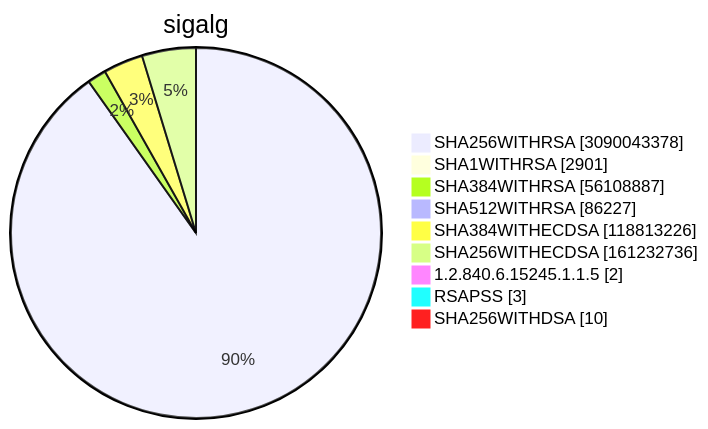
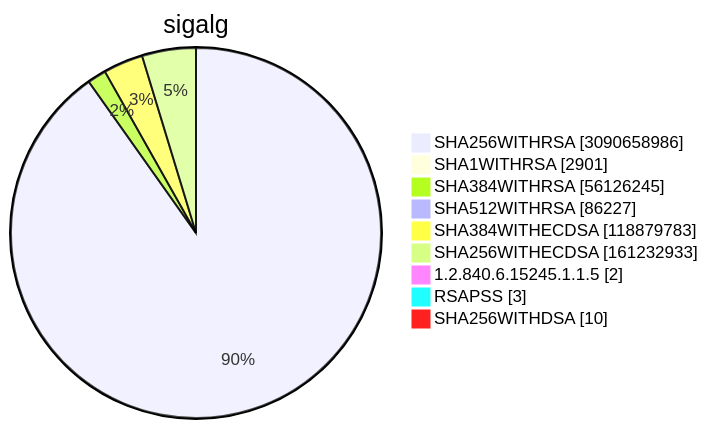
Diagram 15 of 15 in TOTAL/README.md (christiankrug/ctmonitor_visualization), drawn with Mermaid before and after one commit. The commit also changed other lines of this file, not shown here.

````diff
--- a/TOTAL/README.md
+++ b/TOTAL/README.md
@@ -6211,13 +6211,13 @@
 ```mermaid
 pie showData
 title sigalg
-"SHA256WITHRSA" :3090043378
+"SHA256WITHRSA" :3090658986
 "SHA1WITHRSA" :2901
-"SHA384WITHRSA" :56108887
+"SHA384WITHRSA" :56126245
 "SHA512WITHRSA" :86227
-"SHA384WITHECDSA" :118813226
-"SHA256WITHECDSA" :161232736
+"SHA384WITHECDSA" :118879783
+"SHA256WITHECDSA" :161232933
 "1.2.840.6.15245.1.1.5" :2
 "RSAPSS" :3
 "SHA256WITHDSA" :10
 ```
````
